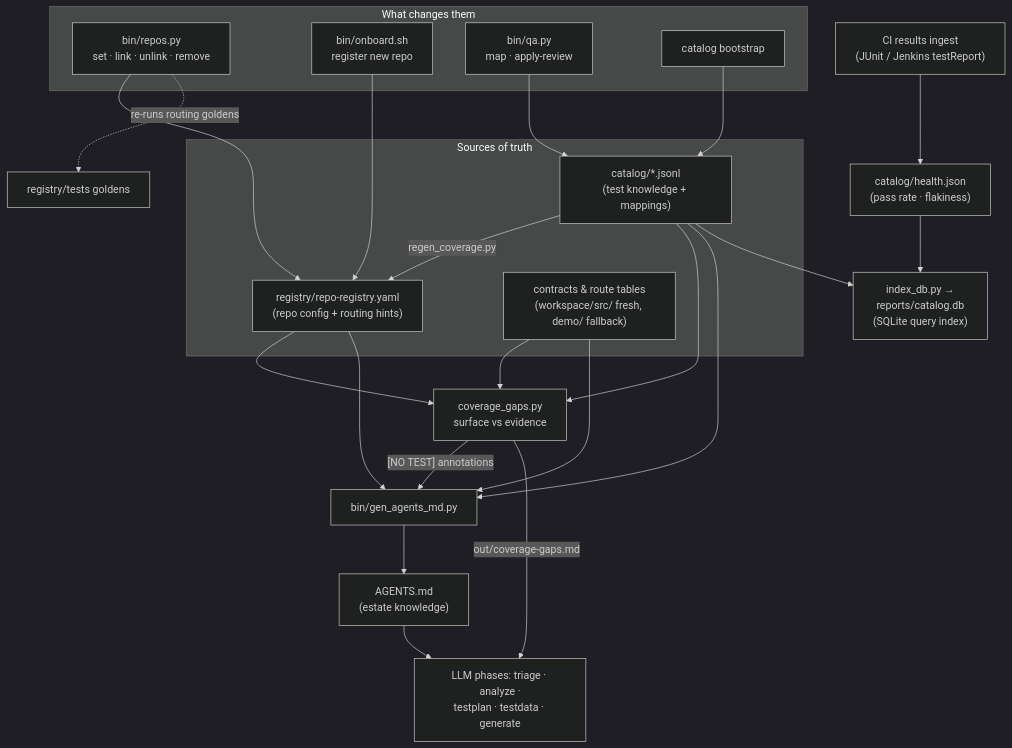
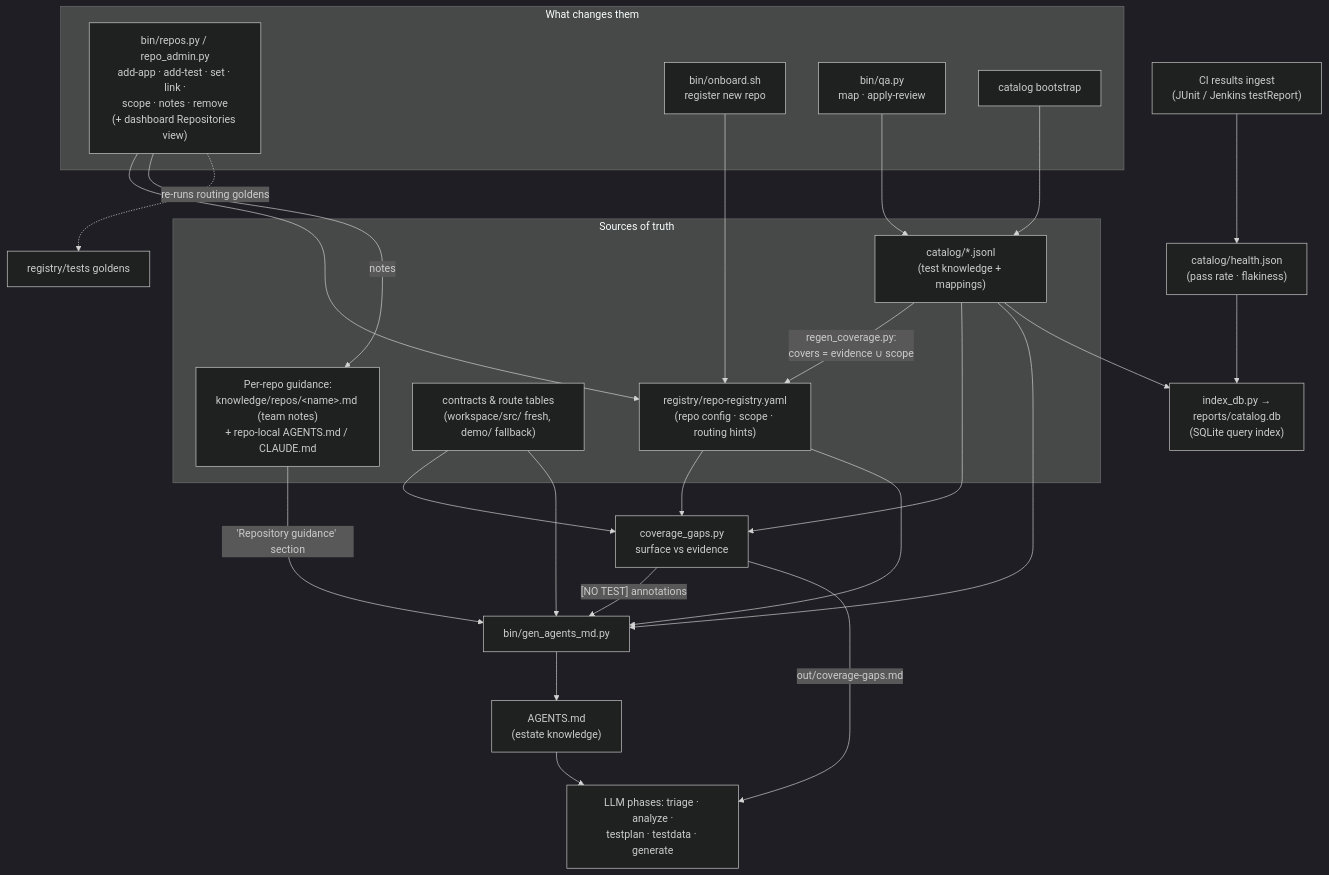
Before and after one commit to anandtopu/auto-tests-gen: the ninth of 13 diagrams in docs/diagrams.md, drawn with Mermaid (dark theme). The commit also changed other lines of this file and 3 other files, not shown here.

First line of the commit message:
docs: update architecture, diagrams, README for this session's features

````diff
--- a/docs/diagrams.md
+++ b/docs/diagrams.md
@@ -208,37 +218,40 @@
 ```mermaid
 flowchart TD
     subgraph SOURCES["Sources of truth"]
-        REG["registry/repo-registry.yaml<br/>(repo config + routing hints)"]
+        REG["registry/repo-registry.yaml<br/>(repo config · scope · routing hints)"]
         CAT["catalog/*.jsonl<br/>(test knowledge + mappings)"]
         ART["contracts & route tables<br/>(workspace/src/ fresh, demo/ fallback)"]
+        GUI["Per-repo guidance:<br/>knowledge/repos/&lt;name&gt;.md (team notes)<br/>+ repo-local AGENTS.md / CLAUDE.md"]
     end
 
     subgraph WRITERS["What changes them"]
-        RP["bin/repos.py<br/>set · link · unlink · remove"]
+        RP["bin/repos.py / repo_admin.py<br/>add-app · add-test · set · link ·<br/>scope · notes · remove<br/>(+ dashboard Repositories view)"]
         OB["bin/onboard.sh<br/>register new repo"]
         QA["bin/qa.py<br/>map · apply-review"]
         BS["catalog bootstrap"]
     end
 
     CI["CI results ingest<br/>(JUnit / Jenkins testReport)"] --> HL["catalog/health.json<br/>(pass rate · flakiness)"]
 
     RP --> REG
+    RP -- "notes" --> GUI
     OB --> REG
     QA --> CAT
     BS --> CAT
-    CAT -- "regen_coverage.py" --> REG
+    CAT -- "regen_coverage.py:<br/>covers = evidence ∪ scope" --> REG
 
     REG --> GAPS["coverage_gaps.py<br/>surface vs evidence"]
     CAT --> GAPS
     ART --> GAPS
     REG --> GEN["bin/gen_agents_md.py"]
     CAT --> GEN
     ART --> GEN
+    GUI -- "'Repository guidance' section" --> GEN
     GAPS -- "[NO TEST] annotations" --> GEN
     GEN --> AG["AGENTS.md<br/>(estate knowledge)"]
     AG --> PH["LLM phases: triage · analyze ·<br/>testplan · testdata · generate"]
     GAPS -- "out/coverage-gaps.md" --> PH
     CAT --> DB["index_db.py →<br/>reports/catalog.db<br/>(SQLite query index)"]
     HL --> DB
     RP -. "re-runs routing goldens" .-> GT["registry/tests goldens"]
 ```
````
